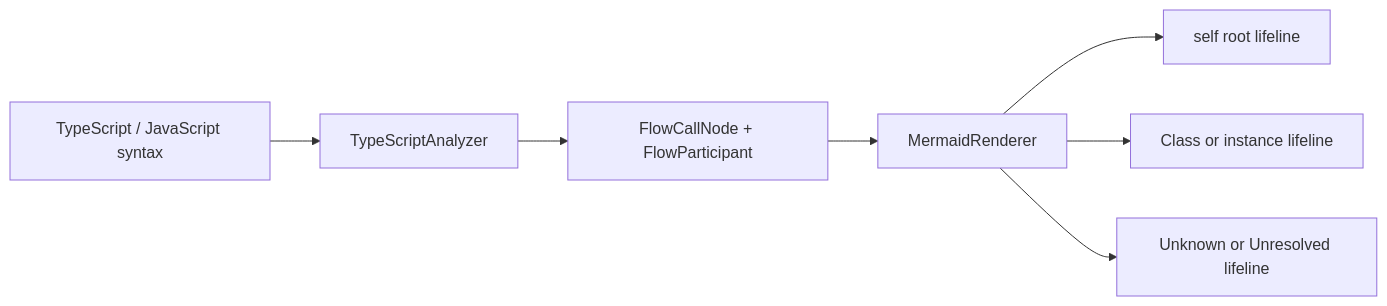
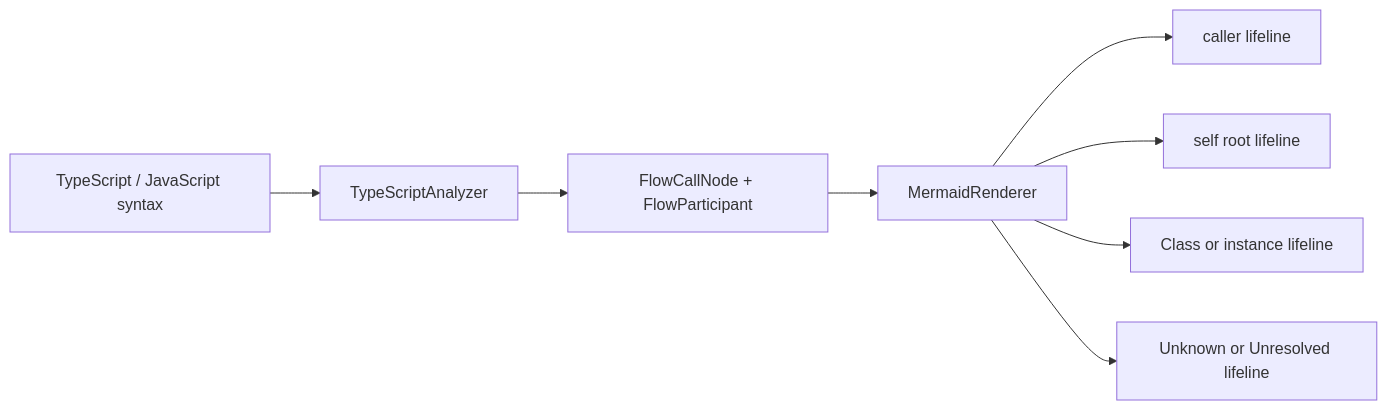
Before and after one commit to Glitch-Sound/GlitchLens: the seventh of 9 diagrams in .kiro/specs/function-flow-visualization/design.md, drawn with Mermaid. The commit also changed other lines of this file and 8 other files, not shown here.

First line of the commit message:
feat: Enhance Function Flow Visualization with caller and self lifelines

````diff
--- a/.kiro/specs/function-flow-visualization/design.md
+++ b/.kiro/specs/function-flow-visualization/design.md
@@ -1167,9 +1167,10 @@
 ```mermaid
 flowchart LR
     Syntax[TypeScript / JavaScript syntax] --> Analyzer[TypeScriptAnalyzer]
     Analyzer --> Call[FlowCallNode + FlowParticipant]
     Call --> Renderer[MermaidRenderer]
+    Renderer --> Caller[caller lifeline]
     Renderer --> Root[self root lifeline]
     Renderer --> Target[Class or instance lifeline]
     Renderer --> Fallback[Unknown or Unresolved lifeline]
 ```
````
